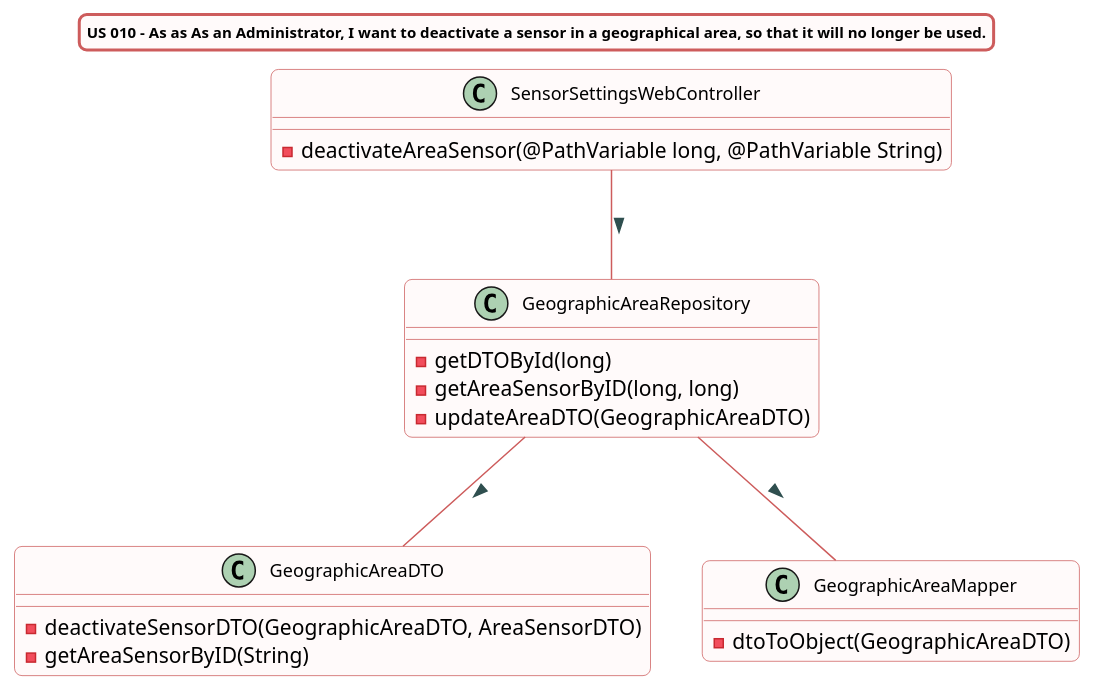
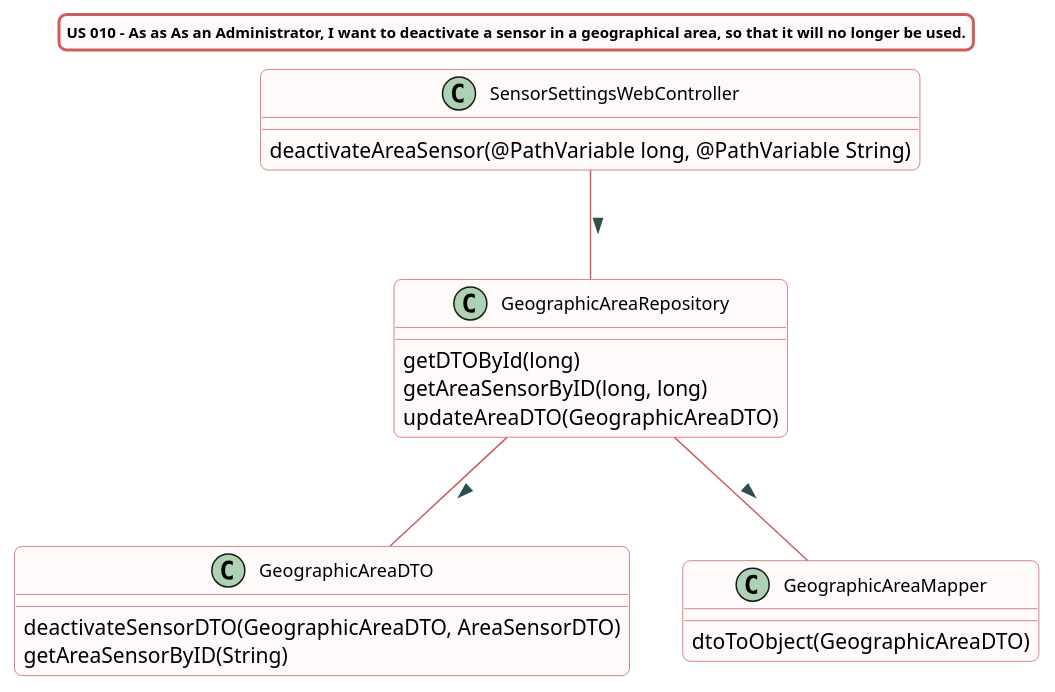
The diagram in src/doc/WEB_Controllers/SensorSettings/US010/US010_cd_SensorSettingsWebController.puml (Almadanmp/project), drawn with PlantUML before and after one commit. The commit also changed 15 other files, not shown here.

```diff
--- a/src/doc/WEB_Controllers/SensorSettings/US010/US010_cd_SensorSettingsWebController.puml
+++ b/src/doc/WEB_Controllers/SensorSettings/US010/US010_cd_SensorSettingsWebController.puml
@@ -1,55 +1,56 @@
 @startuml
 
 title US 010 - As as As an Administrator, I want to deactivate a sensor in a geographical area, so that it will no longer be used.
 skinparam titleBorderRoundCorner 10
 skinparam titleBorderThickness 2
 skinparam titleBorderColor indianred
 skinparam titleBackgroundColor Snow
 skinparam FontName quicksand
 skinparam titleFontSize 10
 skinparam roundcorner 10
 
 
 skinparam class {
-  BorderColor indianred
-  BackgroundColor indianred
-  BackgroundColor Snow
-   roundcorner 10
-   ArrowFontName Verdana
-   ArrowColor indianred
-   ArrowFontColor darkslategrey
+ BorderColor indianred
+ BackgroundColor indianred
+ BackgroundColor Snow
+  roundcorner 10
+  ArrowFontName Verdana
+  ArrowColor indianred
+  ArrowFontColor darkslategrey
    FontSize 12
 }
+
 
 class SensorSettingsWebController
 class GeographicAreaRepository
 class GeographicAreaDTO
 class GeographicAreaMapper
 
 SensorSettingsWebController -- GeographicAreaRepository : >
 GeographicAreaRepository -- GeographicAreaDTO : >
 GeographicAreaRepository -- GeographicAreaMapper : >
 
 
 
 class SensorSettingsWebController {
--deactivateAreaSensor(@PathVariable long, @PathVariable String)
+deactivateAreaSensor(@PathVariable long, @PathVariable String)
 }
 
 class GeographicAreaRepository{
--getDTOById(long)
--getAreaSensorByID(long, long)
--updateAreaDTO(GeographicAreaDTO)
+getDTOById(long)
+getAreaSensorByID(long, long)
+updateAreaDTO(GeographicAreaDTO)
 }
 
 class GeographicAreaDTO{
--deactivateSensorDTO(GeographicAreaDTO, AreaSensorDTO)
--getAreaSensorByID(String)
+deactivateSensorDTO(GeographicAreaDTO, AreaSensorDTO)
+getAreaSensorByID(String)
 }
 
 
 class GeographicAreaMapper {
--dtoToObject(GeographicAreaDTO)
+dtoToObject(GeographicAreaDTO)
 }
 
 @enduml
```
